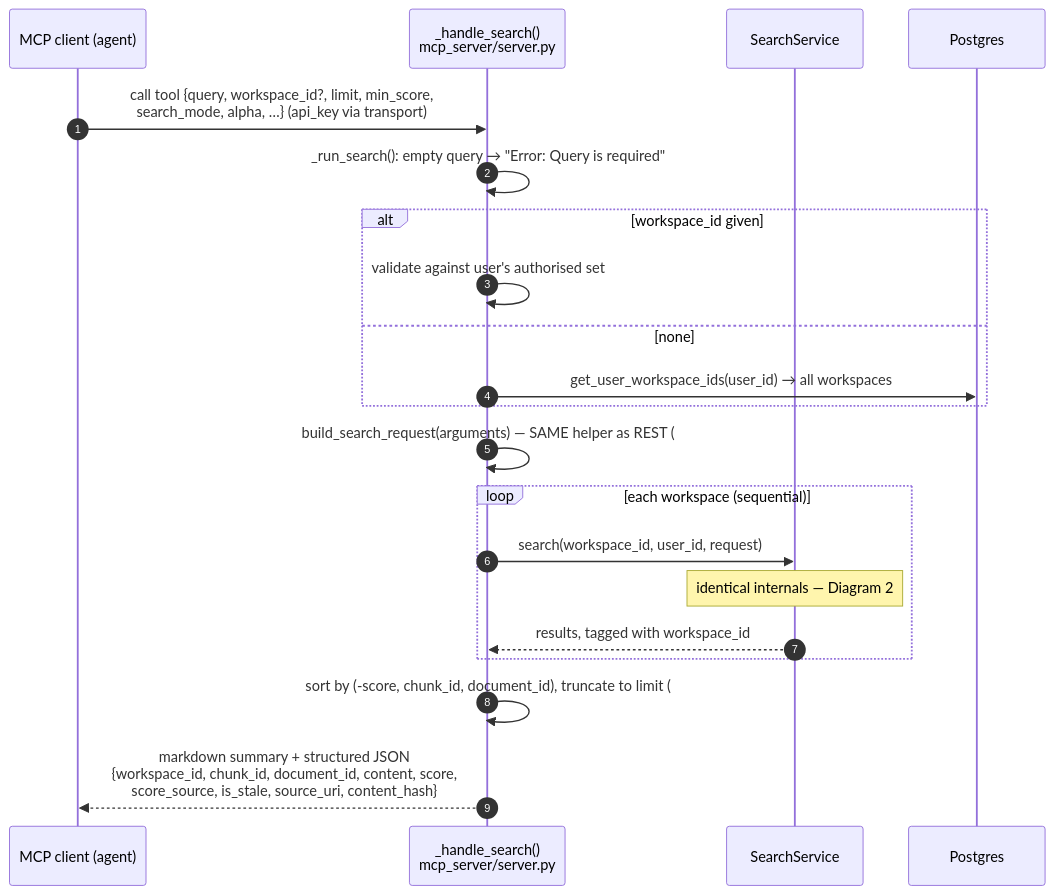
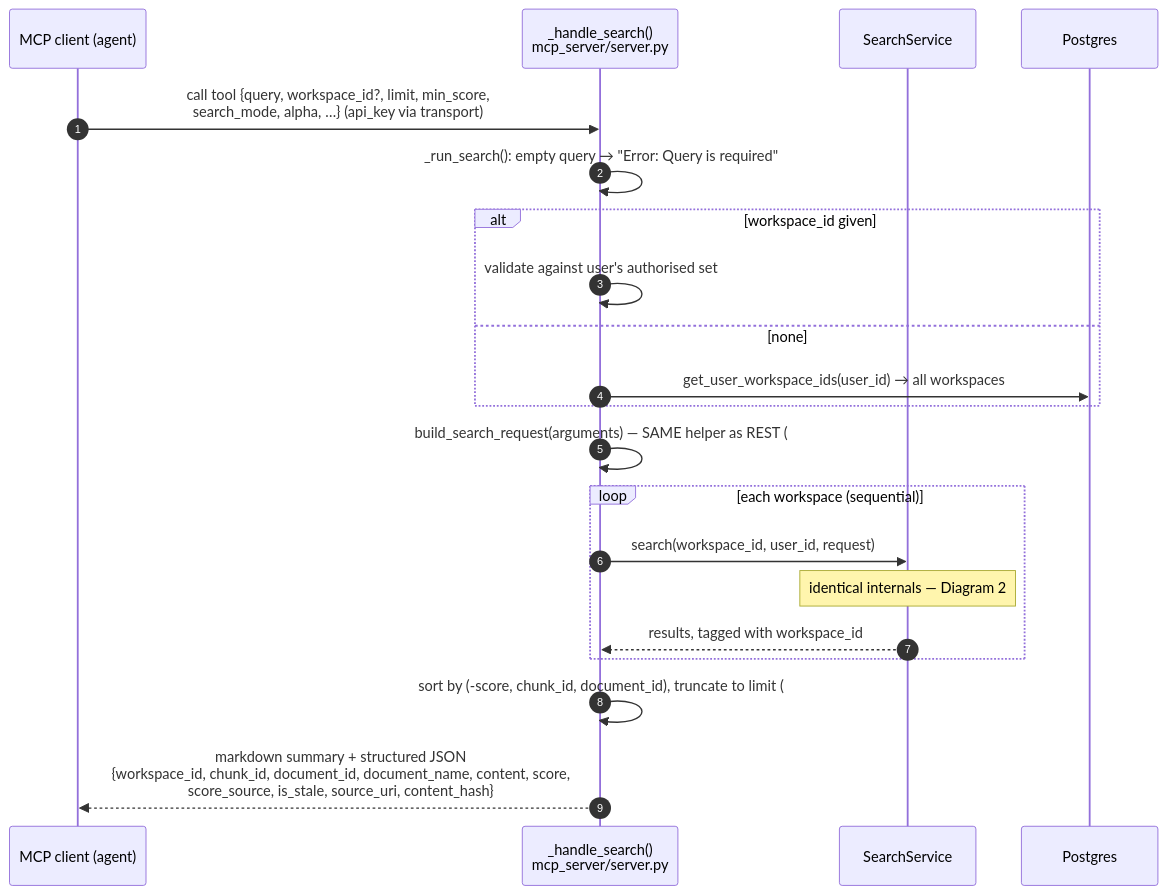
The third of 4 diagrams in docs/developer/search-sequence.md (akash1047/inherent), drawn with Mermaid before and after one commit. The commit also changed other lines of this file, not shown here.

First line of the commit message:
docs: fix factual drifts in search sequence diagrams

````diff
--- a/docs/developer/search-sequence.md
+++ b/docs/developer/search-sequence.md
@@ -162,24 +168,24 @@
 ```mermaid
 sequenceDiagram
     autonumber
     participant A as MCP client (agent)
     participant T as _handle_search()<br/>mcp_server/server.py
     participant SS as SearchService
     participant PG as Postgres
 
     A->>T: call tool {query, workspace_id?, limit, min_score,<br/>search_mode, alpha, …} (api_key via transport)
     T->>T: _run_search(): empty query → "Error: Query is required"
     alt workspace_id given
         T->>T: validate against user's authorised set
     else none
         T->>PG: get_user_workspace_ids(user_id) → all workspaces
     end
     T->>T: build_search_request(arguments) — SAME helper as REST (#14),<br/>transport keys (api_key, workspace_id) stripped, Pydantic validates
     loop each workspace (sequential)
         T->>SS: search(workspace_id, user_id, request)
         Note over SS: identical internals — Diagram 2
         SS-->>T: results, tagged with workspace_id
     end
     T->>T: sort by (-score, chunk_id, document_id), truncate to limit (#28)
-    T-->>A: markdown summary + structured JSON<br/>{workspace_id, chunk_id, document_id, content, score,<br/>score_source, is_stale, source_uri, content_hash}
+    T-->>A: markdown summary + structured JSON<br/>{workspace_id, chunk_id, document_id, document_name, content, score,<br/>score_source, is_stale, source_uri, content_hash}
 ```
````
